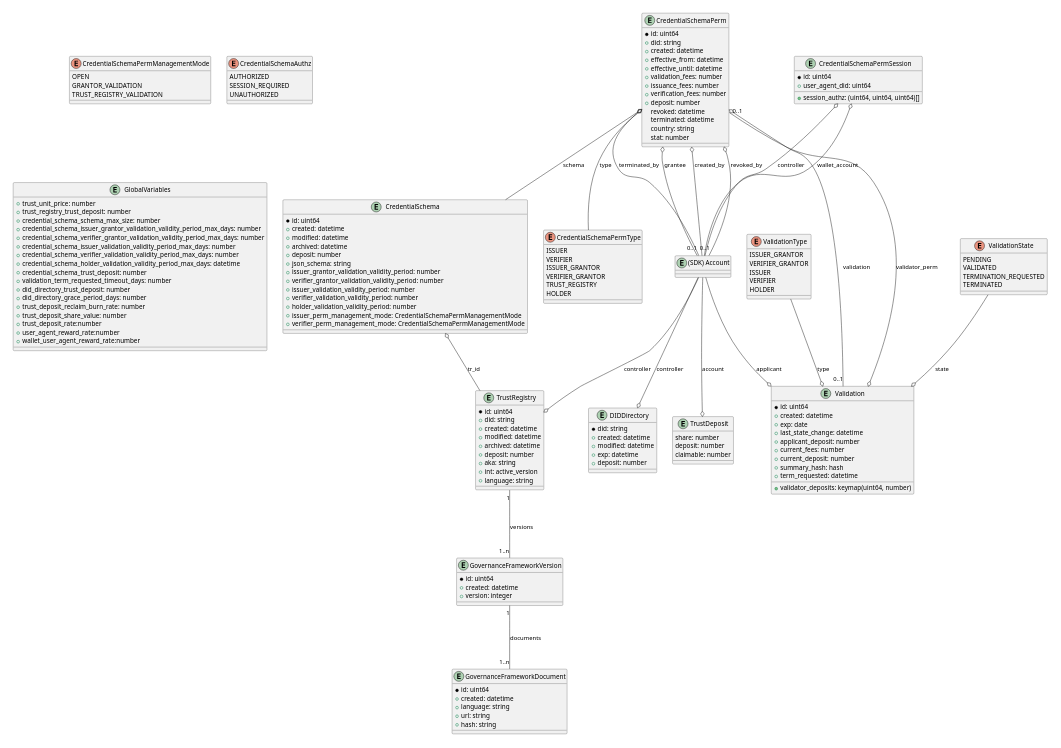
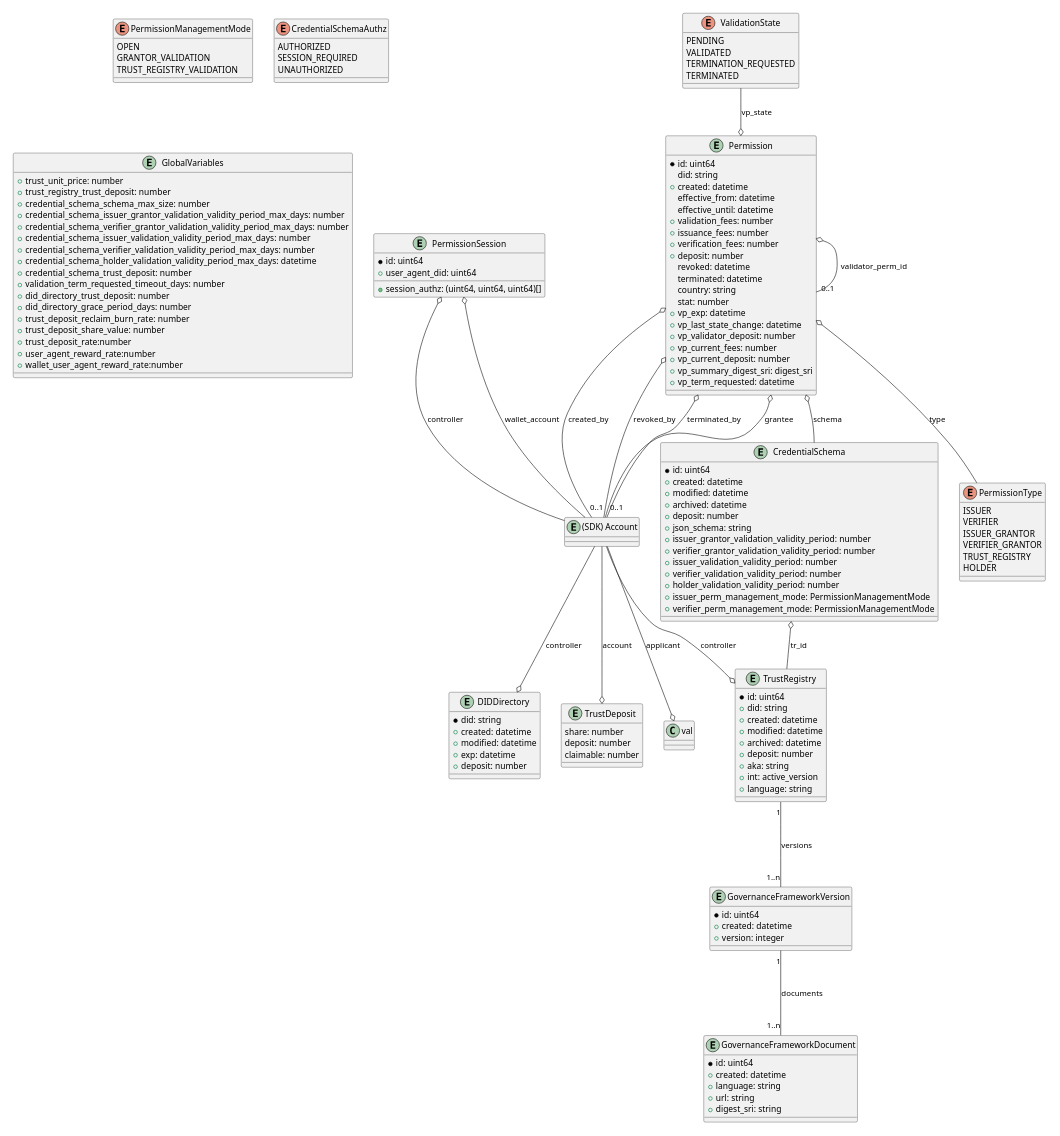
The sixth of 12 diagrams in spec.md (verana-labs/verifiable-trust-vpr-spec), drawn with PlantUML before and after one commit. The commit also changed other lines of this file, not shown here.

```diff
--- a/spec.md
+++ b/spec.md
@@ -671,7 +671,7 @@
   +created: datetime
   +language: string
   +url: string
-  +hash: string
+  +digest_sri: string
 }
 
 
@@ -687,11 +687,11 @@
   +issuer_validation_validity_period: number
   +verifier_validation_validity_period: number
   +holder_validation_validity_period: number
-  +issuer_perm_management_mode: CredentialSchemaPermManagementMode
-  +verifier_perm_management_mode: CredentialSchemaPermManagementMode
+  +issuer_perm_management_mode: PermissionManagementMode
+  +verifier_perm_management_mode: PermissionManagementMode
 }
 
-enum "CredentialSchemaPermManagementMode" as cspm {
+enum "PermissionManagementMode" as cspm {
   OPEN
   GRANTOR_VALIDATION
   TRUST_REGISTRY_VALIDATION
@@ -700,12 +700,12 @@
 entity "(SDK) Account" as account {
 }
 
-entity "CredentialSchemaPerm" as csp {
+entity "Permission" as csp {
   *id: uint64
-  +did: string
+  did: string
   +created: datetime
-  +effective_from: datetime
-  +effective_until: datetime
+  effective_from: datetime
+  effective_until: datetime
   +validation_fees: number
   +issuance_fees: number
   +verification_fees: number
@@ -714,15 +714,29 @@
   terminated: datetime
   country: string
   stat: number
+  +vp_exp: datetime
+  +vp_last_state_change: datetime
+  +vp_validator_deposit: number
+  +vp_current_fees: number
+  +vp_current_deposit: number
+  +vp_summary_digest_sri: digest_sri
+  +vp_term_requested: datetime
 }
 
-entity "CredentialSchemaPermSession" as csps {
+enum "ValidationState" as valstate {
+  PENDING
+  VALIDATED
+  TERMINATION_REQUESTED
+  TERMINATED
+}
+
+entity "PermissionSession" as csps {
   *id: uint64
   +user_agent_did: uint64
   +session_authz: (uint64, uint64, uint64)[]
 }
 
-enum "CredentialSchemaPermType" as cspt {
+enum "PermissionType" as cspt {
   ISSUER
   VERIFIER
   ISSUER_GRANTOR
@@ -772,40 +786,10 @@
   claimable: number
 }
 
-entity "Validation" as val {
-  *id: uint64
-  +created: datetime
-  +exp: date
-  +last_state_change: datetime
-  +applicant_deposit: number
-  +validator_deposits: keymap(uint64, number)
-  +current_fees: number
-  +current_deposit: number
-  +summary_hash: hash
-  +term_requested: datetime
-}
-
-enum "ValidationState" as valstate {
-  PENDING
-  VALIDATED
-  TERMINATION_REQUESTED
-  TERMINATED
-}
-
-enum "ValidationType" as valtype {
-  ISSUER_GRANTOR
-  VERIFIER_GRANTOR
-  ISSUER
-  VERIFIER
-  HOLDER
-}
-
 csp o-- cspt: type
 csp o-- cs: schema
-csp o-- "0..1" val: validation
+csp o-- "0..1" csp: validator_perm_id
 cs o-- tr: tr_id
-
-val o-- "0..1" csp: validator_perm
 
 tr "1" --- "1..n" gfv: versions 
 gfv "1" --- "1..n" gfd: documents 
@@ -820,8 +804,7 @@
 csps o-- account: wallet_account
 account --o did: controller
 account --o val: applicant
-valstate --o val: state
-valtype --o val: type
+valstate --o csp: vp_state
 account  --o td: account
 
 @enduml
```
